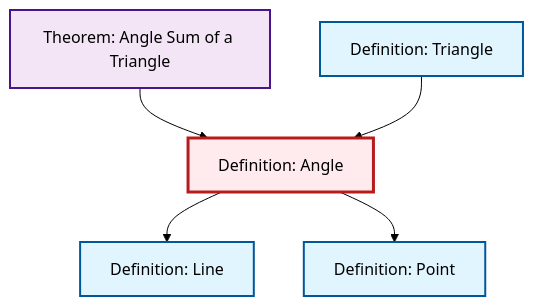
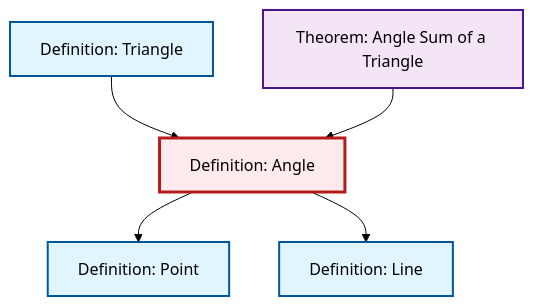
One commit to RK0429/ModernMath changed the diagram in content/en/geometry/def-angle.qmd. Above: the diagram before and after it, drawn with Mermaid (forest theme). The commit also changed other lines of this file and 654 other files, not shown here.

````diff
--- a/content/en/geometry/def-angle.qmd
+++ b/content/en/geometry/def-angle.qmd
@@ -49,23 +49,23 @@
 ```{mermaid}
 %%| fig-cap: "Local dependency graph"
 graph TD
     classDef definition fill:#e1f5fe,stroke:#01579b,stroke-width:2px
     classDef theorem fill:#f3e5f5,stroke:#4a148c,stroke-width:2px
     classDef axiom fill:#fff3e0,stroke:#e65100,stroke-width:2px
     classDef example fill:#e8f5e9,stroke:#1b5e20,stroke-width:2px
     classDef current fill:#ffebee,stroke:#b71c1c,stroke-width:3px
+    def-line["Definition: Line"]:::definition
     def-point["Definition: Point"]:::definition
     def-triangle["Definition: Triangle"]:::definition
     thm-angle-sum-triangle["Theorem: Angle Sum of a Triangle"]:::theorem
     def-angle["Definition: Angle"]:::definition
-    def-line["Definition: Line"]:::definition
-    thm-angle-sum-triangle --> def-angle
+    def-angle --> def-point
     def-angle --> def-line
     def-triangle --> def-angle
-    def-angle --> def-point
+    thm-angle-sum-triangle --> def-angle
     class def-angle current
+    click def-line "def-line.html" "Go to Line definition"
     click def-point "def-point.html" "Go to Point definition"
     click def-triangle "def-triangle.html" "Go to Triangle definition"
     click thm-angle-sum-triangle "thm-angle-sum-triangle.html" "Go to Angle Sum of a Triangle theorem"
-    click def-line "def-line.html" "Go to Line definition"
 ```
````
